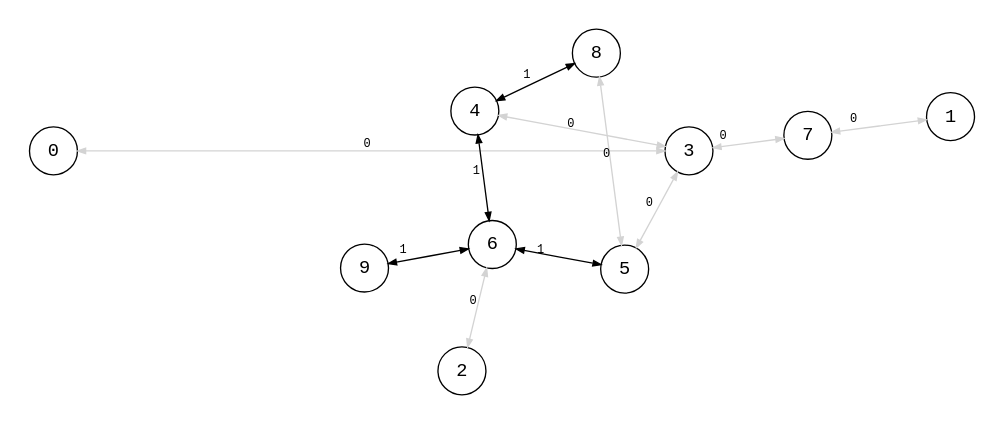
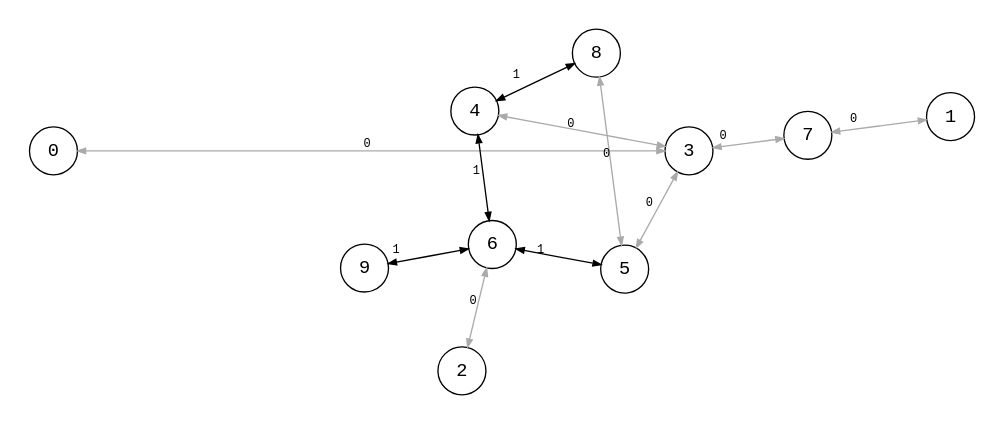
The diagram in src/kattis_bryr_3.dot (bsdrks/graaf-images), drawn with Graphviz before and after one commit. The commit also changed 21 other files, not shown here.

Commit message:
unify diagram style

```diff
--- a/src/kattis_bryr_3.dot
+++ b/src/kattis_bryr_3.dot
@@ -1,19 +1,19 @@
 digraph {
     node [shape=circle, fontname="monospace"];
     edge [arrowsize=0.6, fontname="monospace", fontsize=9];
     layout=circo;
     normalize=true;
     pad=0.2;
 
-    0 -> {3} [dir=both, label="0", color=lightgray];
-    1 -> {7} [dir=both, label="0   ", color=lightgray];
-    2 -> {6} [dir=both, label="0", color=lightgray];
-    3 -> {5} [dir=both, label=" 0", color=lightgray];
-    3 -> {4} [dir=both, label="  0 ", color=lightgray];
-    3 -> {7} [dir=both, label="0   ", color=lightgray];
+    0 -> {3} [dir=both, label="0", color="#aaaaaa"];
+    1 -> {7} [dir=both, label="0   ", color="#aaaaaa"];
+    2 -> {6} [dir=both, label="0", color="#aaaaaa"];
+    3 -> {5} [dir=both, label=" 0", color="#aaaaaa"];
+    3 -> {4} [dir=both, label="  0 ", color="#aaaaaa"];
+    3 -> {7} [dir=both, label="0   ", color="#aaaaaa"];
     4 -> {6} [dir=both, label="1 "];
-    4 -> {8} [dir=both, label="                       1 "];
+    4 -> {8} [dir=both, label="                       1  "];
     5 -> {6} [dir=both, label="1  "];
-    5 -> {8} [dir=both, label="0", color=lightgray];
-    6 -> {9} [dir=both, label="1   "];
+    5 -> {8} [dir=both, label="0", color="#aaaaaa"];
+    6 -> {9} [dir=both, label="1    "];
 }
```
